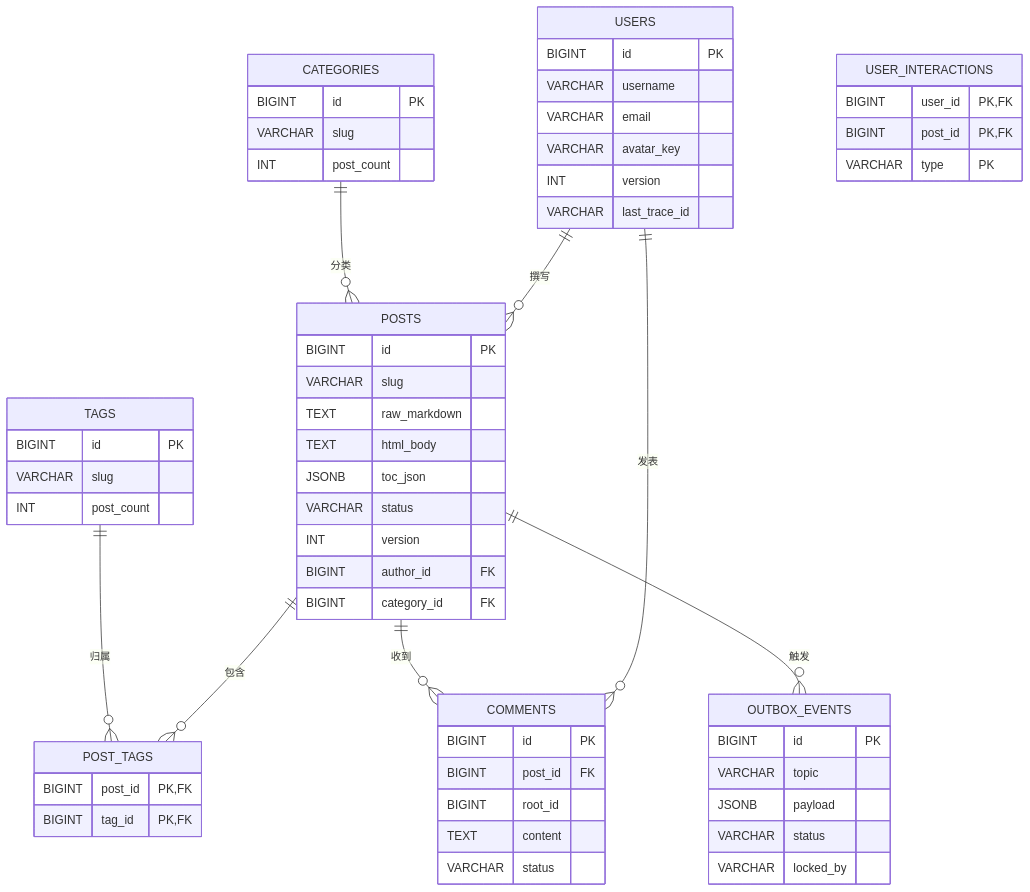
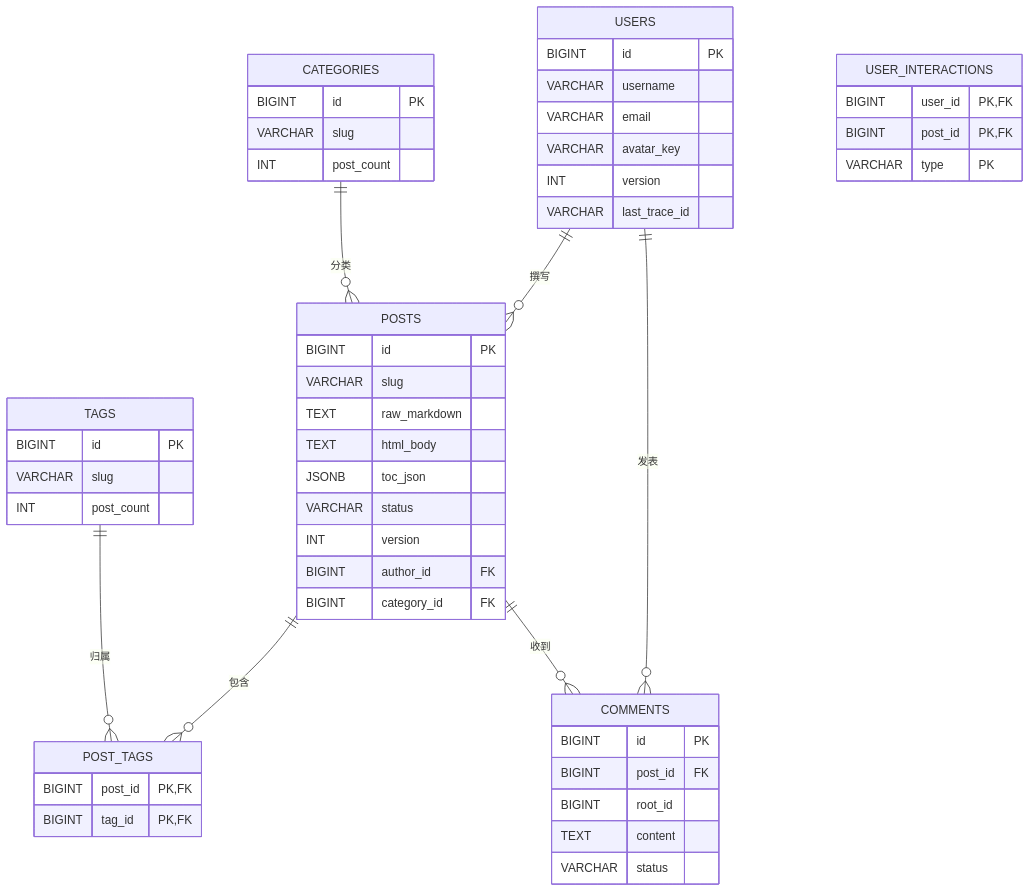
One commit to GuLuGuLu3399/bifrost changed the diagram in migrations/readme.md. Above: the diagram before and after it, drawn with Mermaid. The commit also changed other lines of this file and 24 other files, not shown here.

````diff
--- a/migrations/readme.md
+++ b/migrations/readme.md
@@ -15,63 +15,55 @@
 ```mermaid
 erDiagram
     USERS {
         BIGINT id PK
         VARCHAR username
         VARCHAR email
         VARCHAR avatar_key
         INT version
         VARCHAR last_trace_id
     }
     CATEGORIES {
         BIGINT id PK
         VARCHAR slug
         INT post_count
     }
     TAGS {
         BIGINT id PK
         VARCHAR slug
         INT post_count
     }
     POSTS {
         BIGINT id PK
         VARCHAR slug
         TEXT raw_markdown
         TEXT html_body
         JSONB toc_json
         VARCHAR status
         INT version
         BIGINT author_id FK
         BIGINT category_id FK
     }
     POST_TAGS {
         BIGINT post_id PK,FK
         BIGINT tag_id PK,FK
     }
     COMMENTS {
         BIGINT id PK
         BIGINT post_id FK
         BIGINT root_id
         TEXT content
         VARCHAR status
     }
     USER_INTERACTIONS {
         BIGINT user_id PK,FK
         BIGINT post_id PK,FK
         VARCHAR type PK
     }
-    OUTBOX_EVENTS {
-        BIGINT id PK
-        VARCHAR topic
-        JSONB payload
-        VARCHAR status
-        VARCHAR locked_by
-    }
 
     USERS ||--o{ POSTS : "撰写"
     CATEGORIES ||--o{ POSTS : "分类"
     POSTS ||--o{ POST_TAGS : "包含"
     TAGS ||--o{ POST_TAGS : "归属"
     USERS ||--o{ COMMENTS : "发表"
     POSTS ||--o{ COMMENTS : "收到"
-    POSTS ||--o{ OUTBOX_EVENTS : "触发"
 ```
````
